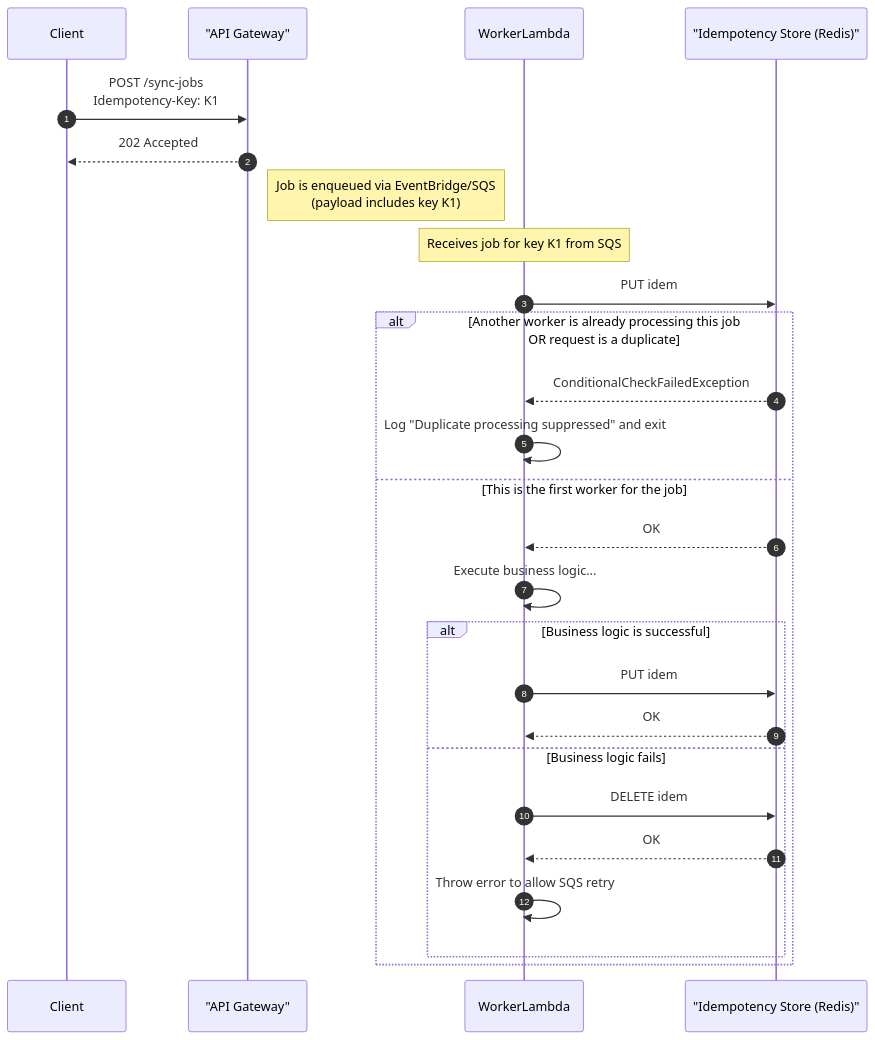
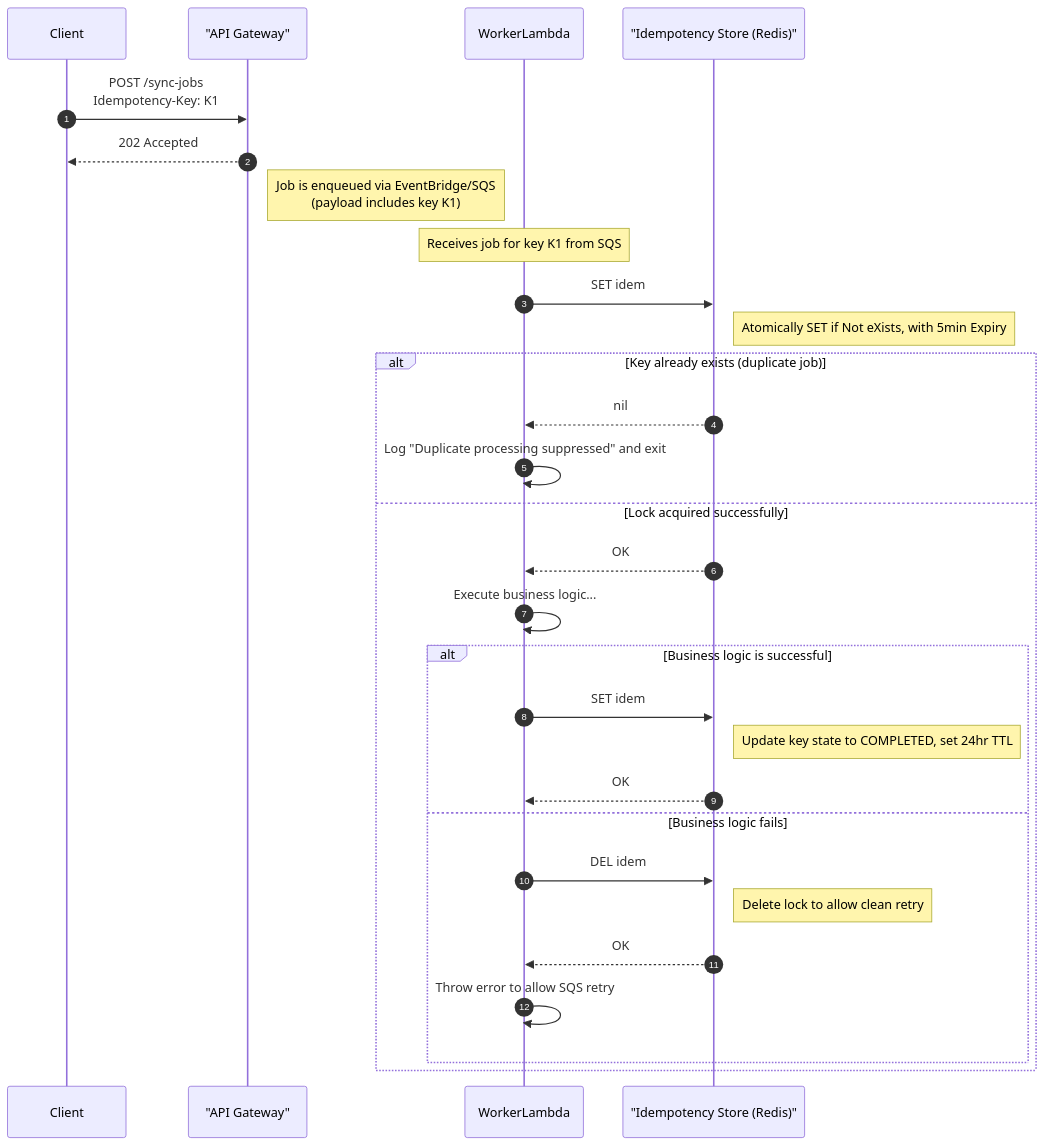
Before and after one commit to dino10bit/healthsync: the fifth of 11 diagrams in 06-technical-architecture.md, drawn with Mermaid. The commit also changed other lines of this file and 2 other files, not shown here.

````diff
--- a/06-technical-architecture.md
+++ b/06-technical-architecture.md
@@ -382,33 +377,36 @@
 ```mermaid
 sequenceDiagram
     autonumber
     participant Client
     participant APIGateway as "API Gateway"
     participant WorkerLambda
     participant IdempotencyStore as "Idempotency Store (Redis)"
 
     Client->>APIGateway: POST /sync-jobs<br>Idempotency-Key: K1
     APIGateway-->>Client: 202 Accepted
     note right of APIGateway: Job is enqueued via EventBridge/SQS<br>(payload includes key K1)
 
     %% ... sometime later, message is picked up by a worker ...
     note over WorkerLambda: Receives job for key K1 from SQS
 
-    WorkerLambda->>IdempotencyStore: PUT idem#K1<br>Condition: item_not_exists()<br>State: INPROGRESS, TTL: 5min
+    WorkerLambda->>IdempotencyStore: SET idem#K1 "INPROGRESS" NX EX 300
+    note right of IdempotencyStore: Atomically SET if Not eXists, with 5min Expiry
 
-    alt Another worker is already processing this job<br>OR request is a duplicate
-        IdempotencyStore-->>WorkerLambda: ConditionalCheckFailedException
+    alt Key already exists (duplicate job)
+        IdempotencyStore-->>WorkerLambda: nil
         WorkerLambda->>WorkerLambda: Log "Duplicate processing suppressed" and exit
-    else This is the first worker for the job
+    else Lock acquired successfully
         IdempotencyStore-->>WorkerLambda: OK
         WorkerLambda->>WorkerLambda: Execute business logic...
         alt Business logic is successful
-            WorkerLambda->>IdempotencyStore: PUT idem#K1<br>State: COMPLETED, Response: (empty), TTL: 24hr
+            WorkerLambda->>IdempotencyStore: SET idem#K1 "COMPLETED" EX 86400
+            note right of IdempotencyStore: Update key state to COMPLETED, set 24hr TTL
             IdempotencyStore-->>WorkerLambda: OK
         else Business logic fails
-            WorkerLambda->>IdempotencyStore: DELETE idem#K1
+            WorkerLambda->>IdempotencyStore: DEL idem#K1
+            note right of IdempotencyStore: Delete lock to allow clean retry
             IdempotencyStore-->>WorkerLambda: OK
             WorkerLambda->>WorkerLambda: Throw error to allow SQS retry
         end
     end
 ```
````
